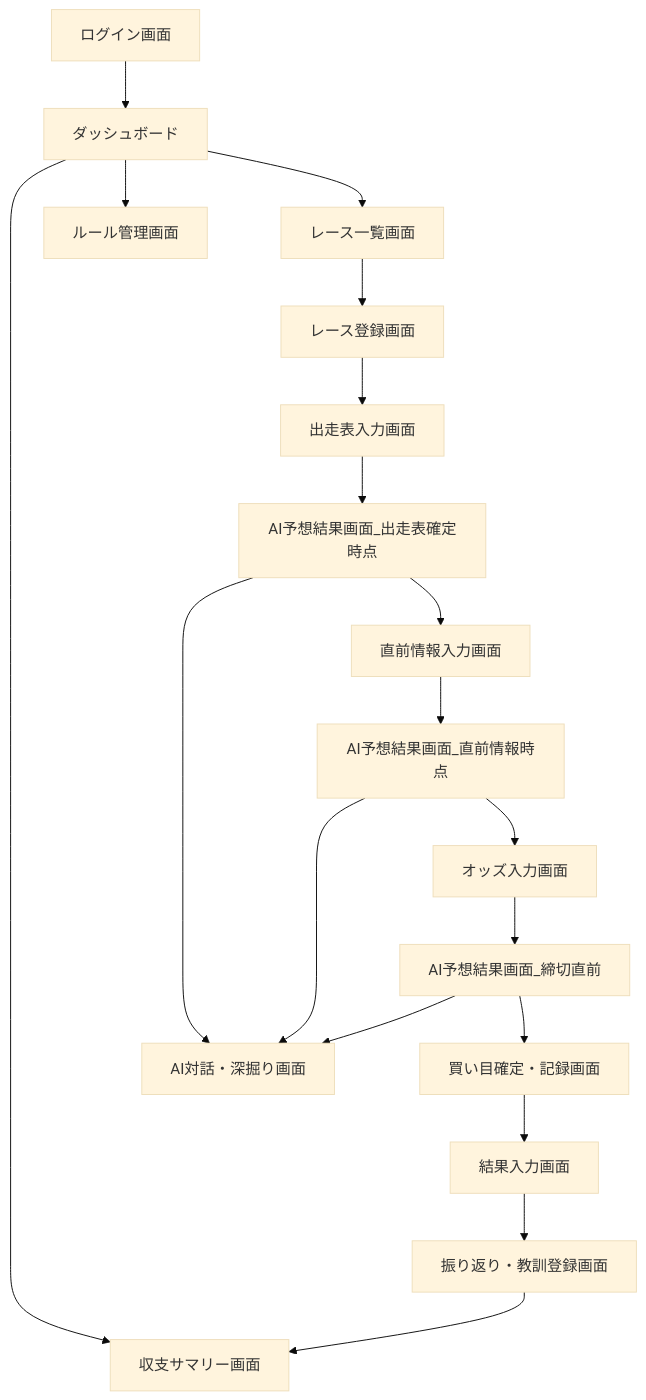
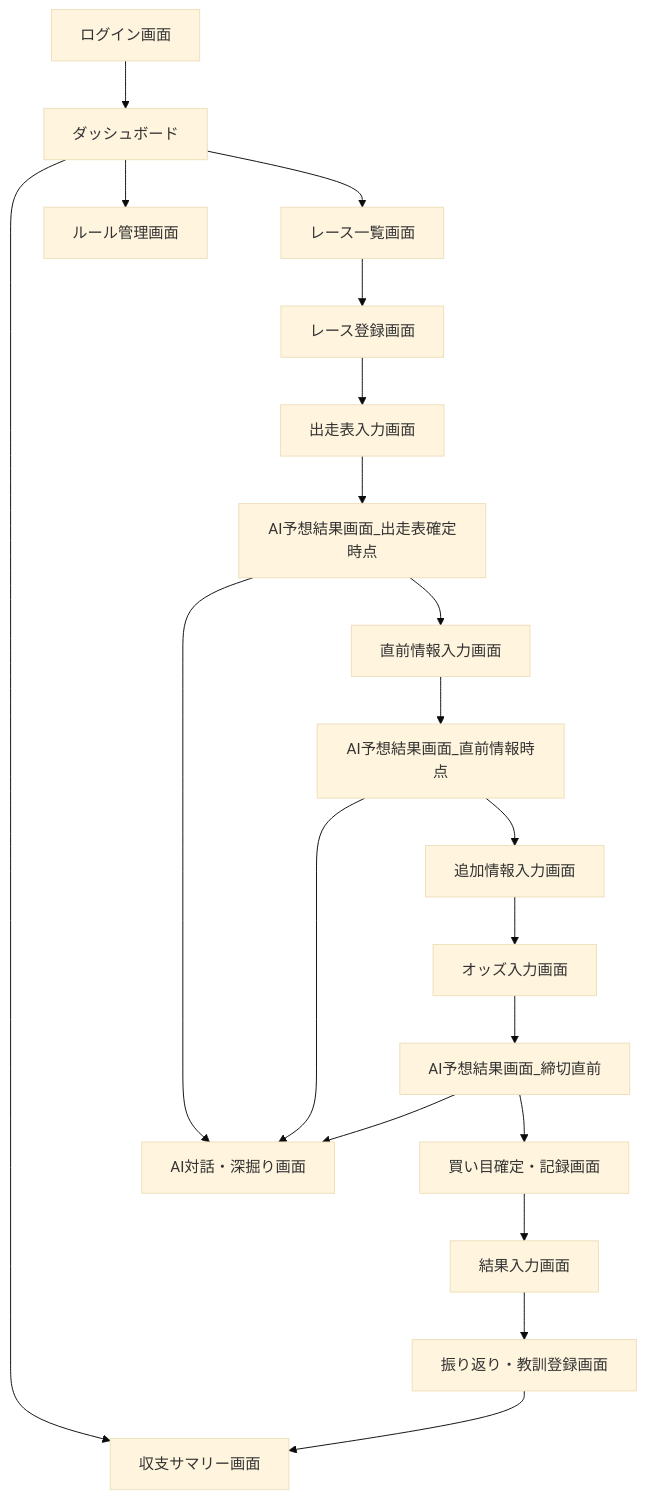
Before and after one commit to HattoriKaito/web-bulletin-board: the second of 2 diagrams in docs/03_detailed_design.md, drawn with Mermaid (base theme). The commit also changed 2 other files, not shown here.

Commit message:
Move extra-info input between pre-race info and odds in the screen flow
Reorders the race input flow to entries -> pre-race -> extra-info -> odds:
- PreRaceInfoPage's forward link now goes to extra-info instead of odds
- ExtraInfoPage gains a forward link to odds (always visible, since extra
  info is optional and shouldn't block progressing)
- Screen transition diagram in docs/03_detailed_design.md updated to match

RaceListPage's per-race menu and App.tsx's route order already had
extra-info in the correct position from the initial implementation, so
no changes were needed there.

````diff
--- a/docs/03_detailed_design.md
+++ b/docs/03_detailed_design.md
@@ -122,21 +122,22 @@
 ```mermaid
 flowchart TD
     A[ログイン画面] --> B[ダッシュボード]
     B --> C[レース一覧画面]
     B --> D[ルール管理画面]
     B --> E[収支サマリー画面]
     C --> F[レース登録画面]
     F --> G[出走表入力画面]
     G --> H[AI予想結果画面_出走表確定時点]
     H --> I[直前情報入力画面]
     I --> J[AI予想結果画面_直前情報時点]
-    J --> K[オッズ入力画面]
+    J --> Q[追加情報入力画面]
+    Q --> K[オッズ入力画面]
     K --> L[AI予想結果画面_締切直前]
     L --> M[買い目確定・記録画面]
     M --> N[結果入力画面]
     N --> O[振り返り・教訓登録画面]
     H --> P[AI対話・深掘り画面]
     J --> P
     L --> P
     O --> E
 ```
````
